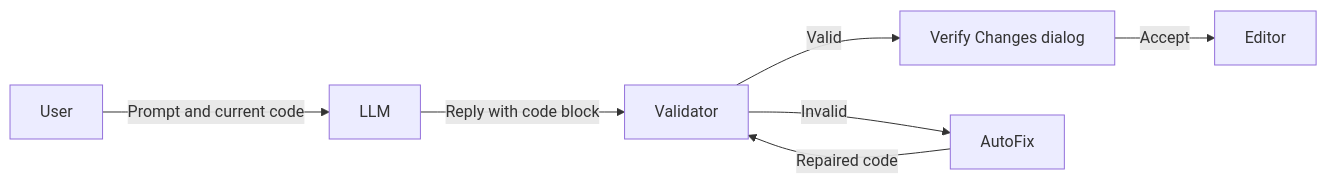
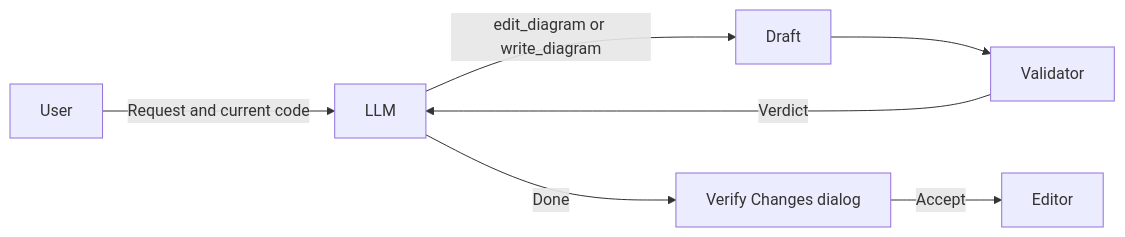
Diagram 13 of 14 in .qoder/repowiki/en/content/Advanced Features/Technical Implementations.md (ongchonghian/universal-diagram-editor), drawn with Mermaid before and after one commit. The commit also changed other lines of this file and 16 other files, not shown here.

````diff
--- a/.qoder/repowiki/en/content/Advanced Features/Technical Implementations.md
+++ b/.qoder/repowiki/en/content/Advanced Features/Technical Implementations.md
@@ -444,9 +446,9 @@
 ```mermaid
 graph LR
-User -->|Prompt and current code| LLM
-LLM -->|Reply with code block| Validator
-Validator -->|Valid| Review[Verify Changes dialog]
-Validator -->|Invalid| AutoFix
-AutoFix -->|Repaired code| Validator
+User -->|Request and current code| LLM
+LLM -->|edit_diagram or write_diagram| Draft
+Draft --> Validator
+Validator -->|Verdict| LLM
+LLM -->|Done| Review[Verify Changes dialog]
 Review -->|Accept| Editor
 ```
````
